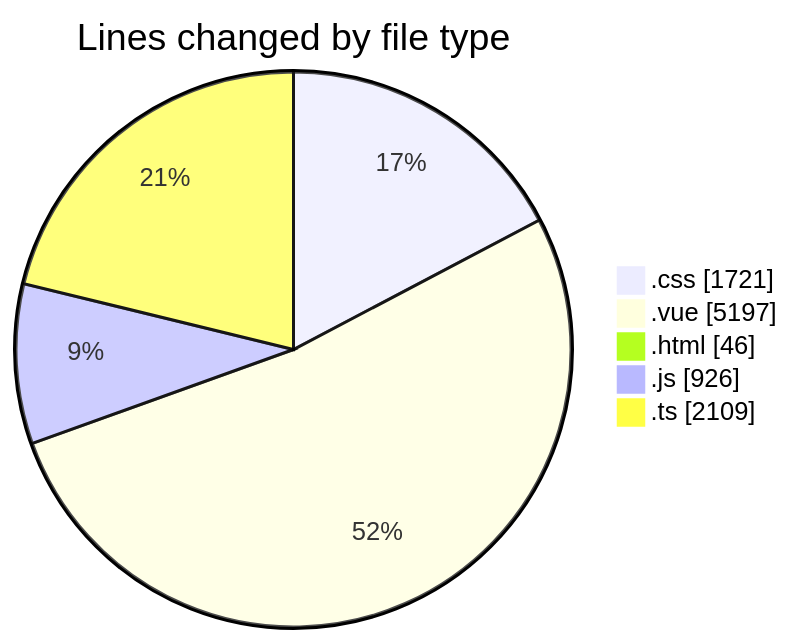
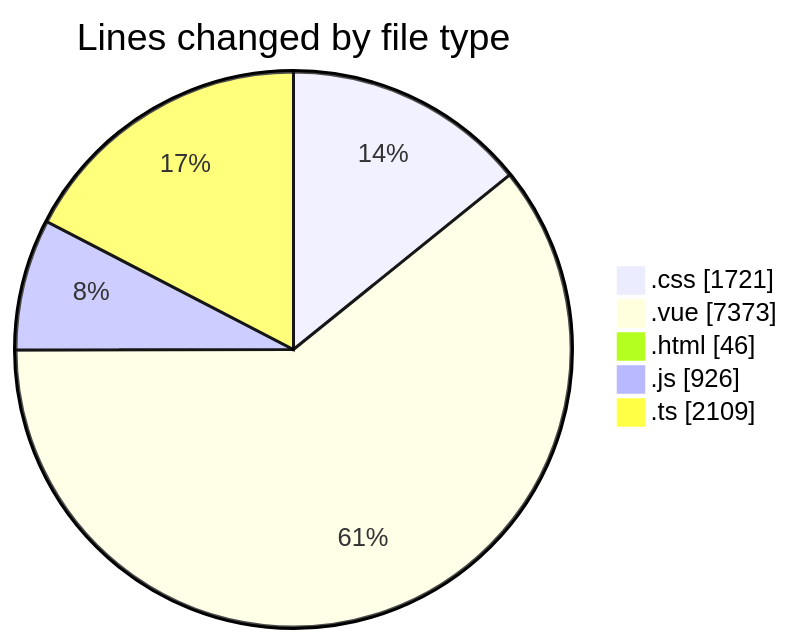
One commit to lephambinh05/code-tracking changed the first of 2 diagrams in 2025-08-18/rentotp/README.md. Above: the diagram before and after it, drawn with Mermaid. The commit also changed other lines of this file and 1 other file, not shown here.

````diff
--- a/2025-08-18/rentotp/README.md
+++ b/2025-08-18/rentotp/README.md
@@ -53,9 +56,9 @@
 ```mermaid
 pie showData
 title Lines changed by file type
 ".css" : 1721
-".vue" : 5197
+".vue" : 7373
 ".html" : 46
 ".js" : 926
 ".ts" : 2109
 ```
````
